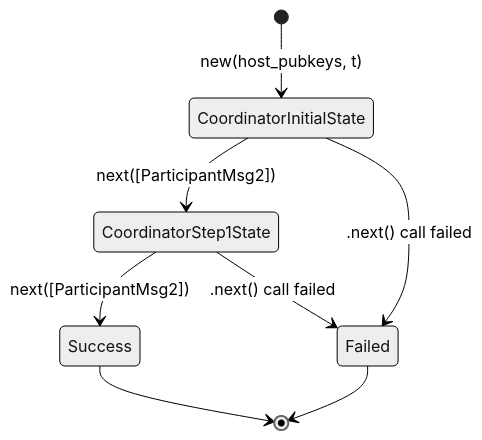
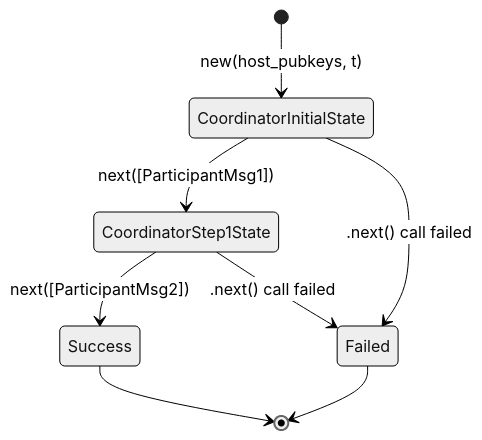
Before and after one commit to olegfomenko/chilldkg: the second of 2 diagrams in README.md, drawn with Mermaid (neutral theme). The commit also changed other lines of this file and 8 other files, not shown here.

````diff
--- a/README.md
+++ b/README.md
@@ -74,10 +73,10 @@
 ```mermaid
 stateDiagram-v2
     [*] --> CoordinatorInitialState: new(host_pubkeys, t)
-    CoordinatorInitialState --> CoordinatorStep1State: next([ParticipantMsg2])
+    CoordinatorInitialState --> CoordinatorStep1State: next([ParticipantMsg1])
     CoordinatorInitialState --> Failed: .next() call failed
     CoordinatorStep1State --> Success: next([ParticipantMsg2])
     CoordinatorStep1State --> Failed: .next() call failed
     Success --> [*]
     Failed --> [*]
 ```
````
